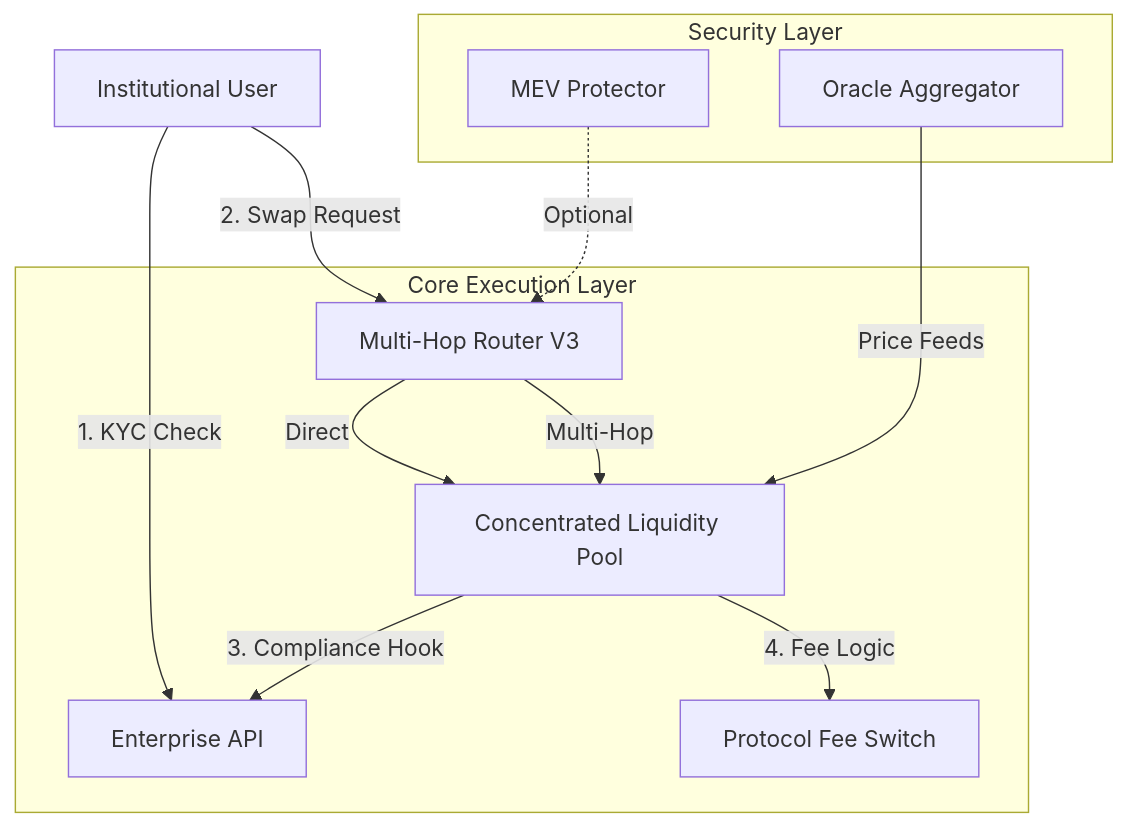
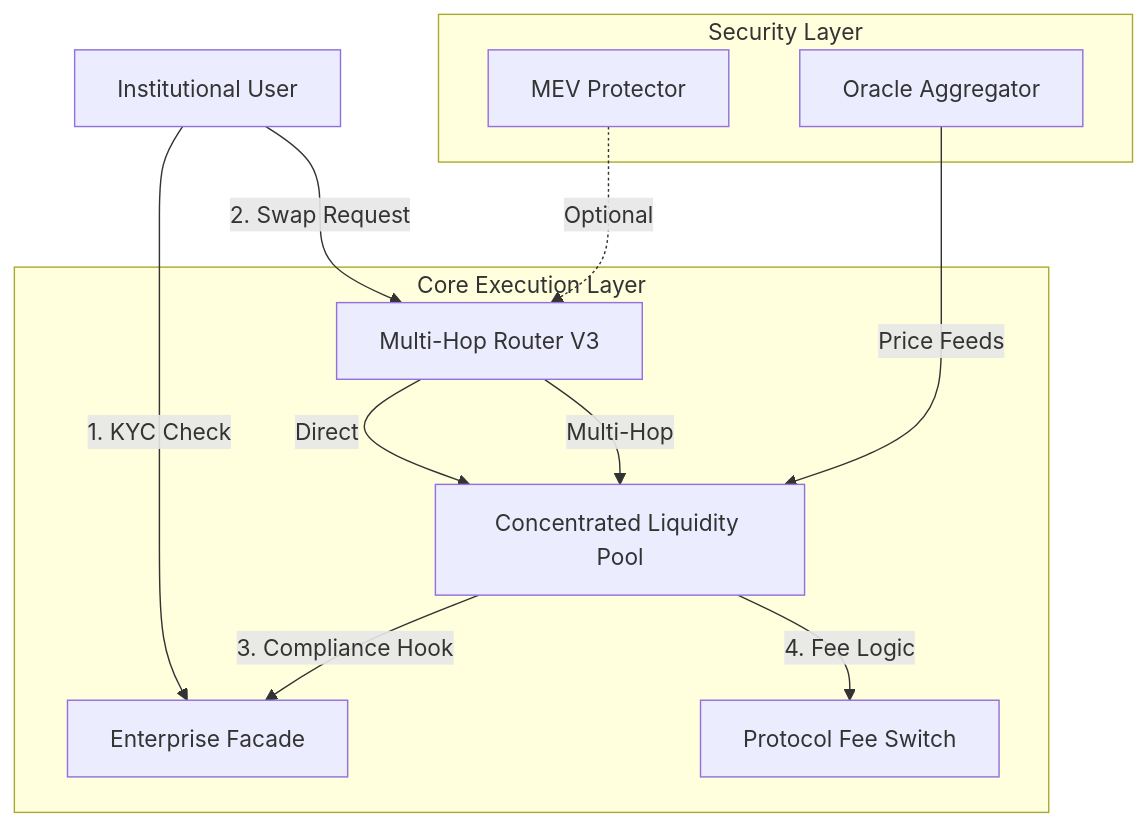
Before and after one commit to Conxian/Conxian: the diagram in documentation/reports/UNIFIED_SYSTEM_ROADMAP.md, drawn with Mermaid. The commit also changed other lines of this file and 21 other files, not shown here.

````diff
--- a/documentation/reports/UNIFIED_SYSTEM_ROADMAP.md
+++ b/documentation/reports/UNIFIED_SYSTEM_ROADMAP.md
@@ -45,17 +46,17 @@
 ```mermaid
 graph TD
-    User[Institutional User] -->|1. KYC Check| EntAPI[Enterprise API]
+    User[Institutional User] -->|1. KYC Check| EntFacade[Enterprise Facade]
     User -->|2. Swap Request| Router[Multi-Hop Router V3]
     
     subgraph "Core Execution Layer"
         Router -->|Direct| Pool[Concentrated Liquidity Pool]
         Router -->|Multi-Hop| Pool
-        Pool -->|3. Compliance Hook| EntAPI
+        Pool -->|3. Compliance Hook| EntFacade
         Pool -->|4. Fee Logic| FeeSwitch[Protocol Fee Switch]
     end
     
     subgraph "Security Layer"
         MEV[MEV Protector] -.->|Optional| Router
         Oracle[Oracle Aggregator] -->|Price Feeds| Pool
     end
 ```
````
